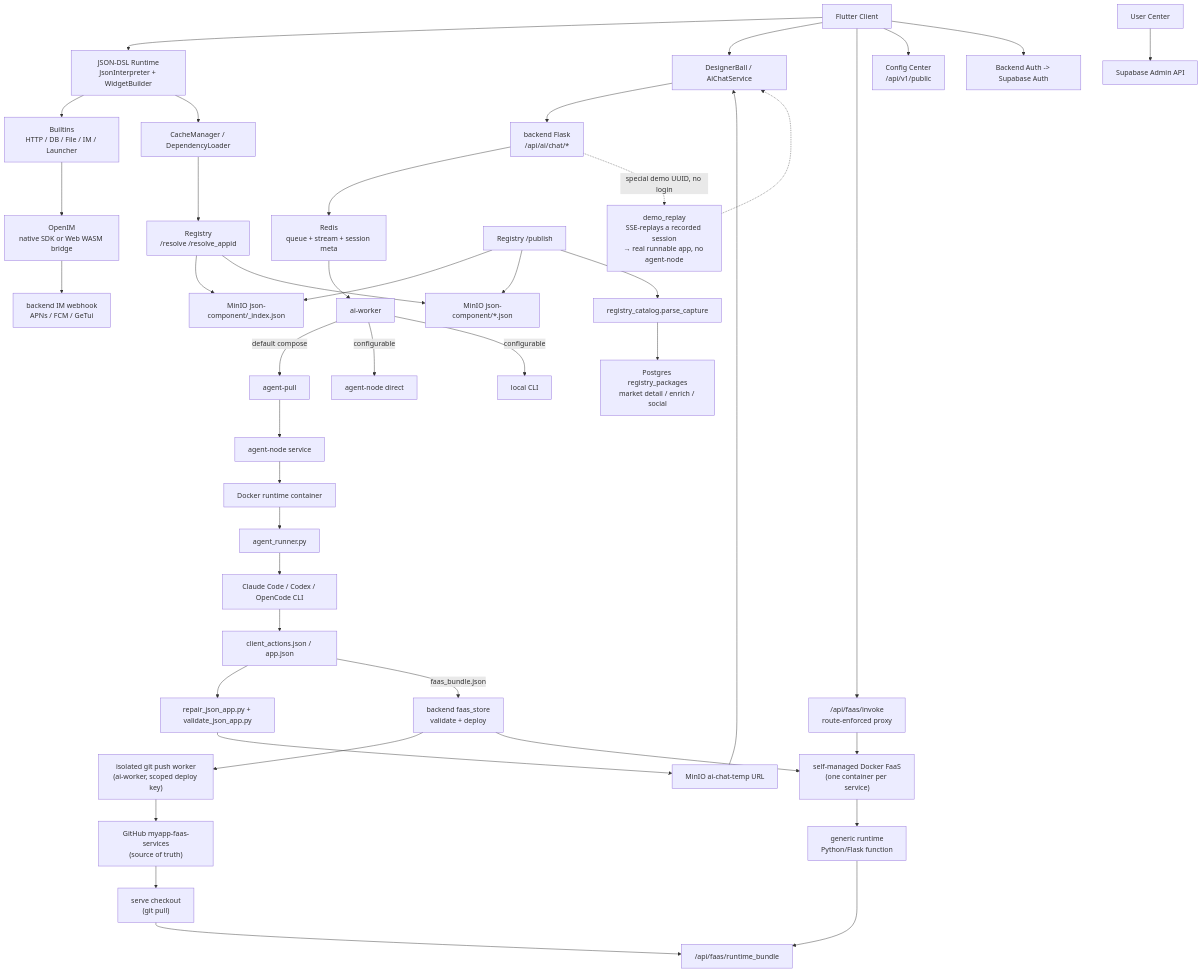
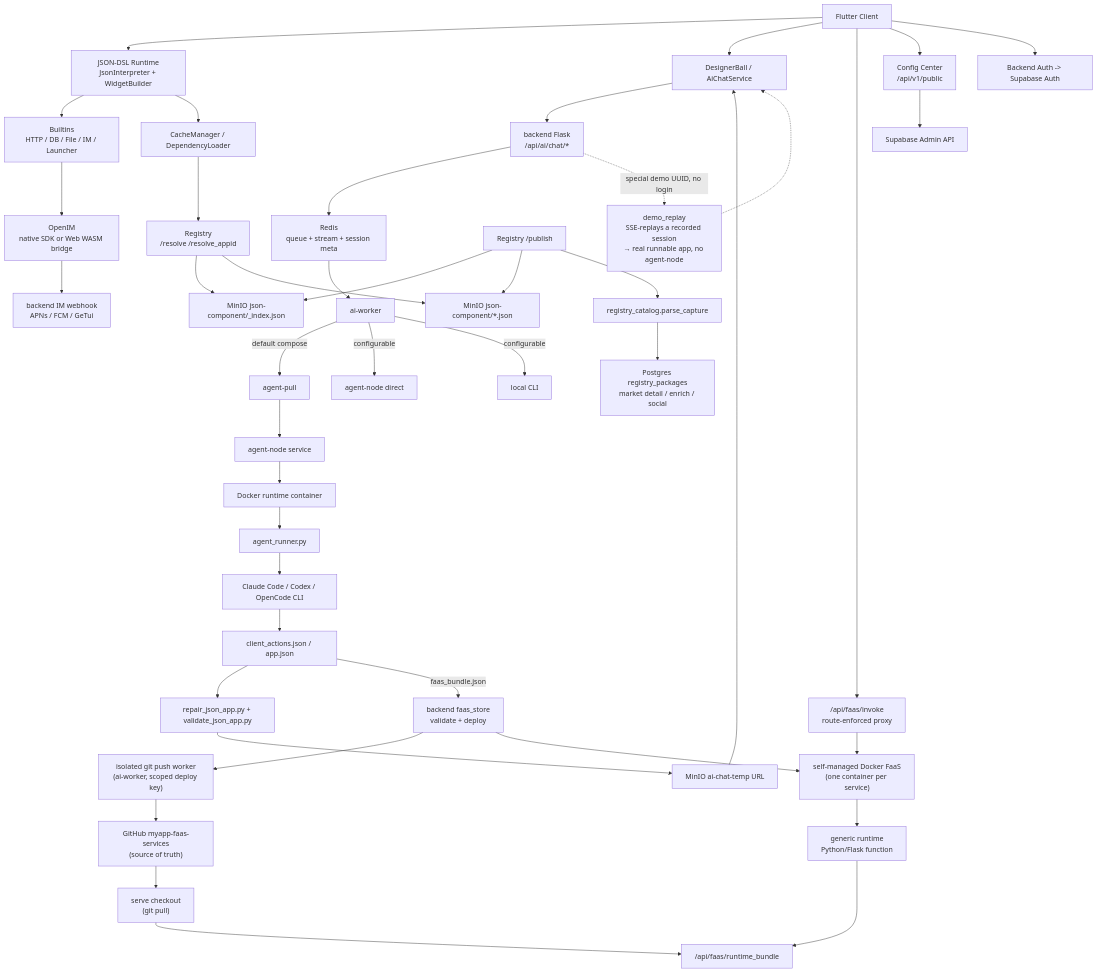
One commit to dapangyu-fish/ai-app changed the diagram in README.ca.md. Above: the diagram before and after it, drawn with Mermaid. The commit also changed other lines of this file and 12 other files, not shown here.

First line of the commit message:
docs(readme+website): 加「作者的话」小节；清掉 user-center 残留与过时竞品表述（×11 语）

````diff
--- a/README.ca.md
+++ b/README.ca.md
@@ -245,53 +255,53 @@
 ```mermaid
 flowchart TB
   Client["Flutter Client"] --> Runtime["JSON-DSL Runtime<br/>JsonInterpreter + WidgetBuilder"]
   Runtime --> Builtins["Builtins<br/>HTTP / DB / File / IM / Launcher"]
   Runtime --> Cache["CacheManager / DependencyLoader"]
   Cache --> RegistryResolve["Registry<br/>/resolve /resolve_appid"]
   RegistryResolve --> Index["MinIO json-component/_index.json"]
   RegistryResolve --> Objects["MinIO json-component/*.json"]
 
   Client --> AIChat["DesignerBall / AiChatService"]
   AIChat --> Backend["backend Flask<br/>/api/ai/chat/*"]
   Backend --> Redis["Redis<br/>queue + stream + session meta"]
   Redis --> Worker["ai-worker"]
 
   Backend -.->|special demo UUID, no login| DemoReplay["demo_replay<br/>SSE-replays a recorded session<br/>→ real runnable app, no agent-node"]
   DemoReplay -.-> AIChat
 
   Worker -->|default compose| AgentPull["agent-pull"]
   Worker -->|configurable| AgentNodeDirect["agent-node direct"]
   Worker -->|configurable| LocalCLI["local CLI"]
 
   AgentPull --> AgentNode["agent-node service"]
   AgentNode --> Docker["Docker runtime container"]
   Docker --> Runner["agent_runner.py"]
   Runner --> CLI["Claude Code / Codex / OpenCode CLI"]
   CLI --> Actions["client_actions.json / app.json"]
   Actions --> Validate["repair_json_app.py + validate_json_app.py"]
   Validate --> TempMinIO["MinIO ai-chat-temp URL"]
   TempMinIO --> AIChat
 
   RegistryPublish["Registry /publish"] --> Index
   RegistryPublish --> Objects
   RegistryPublish --> Catalog["registry_catalog.parse_capture"]
   Catalog --> PG["Postgres registry_packages<br/>market detail / enrich / social"]
 
   Builtins --> IM["OpenIM<br/>native SDK or Web WASM bridge"]
   IM --> Push["backend IM webhook<br/>APNs / FCM / GeTui"]
 
   Actions -->|faas_bundle.json| FaaSDeploy["backend faas_store<br/>validate + deploy"]
   FaaSDeploy --> PushWorker["isolated git push worker<br/>(ai-worker, scoped deploy key)"]
   PushWorker --> FaaSRepo["GitHub myapp-faas-services<br/>(source of truth)"]
   FaaSRepo --> ServeCheckout["serve checkout<br/>(git pull)"]
   FaaSDeploy --> DockerFaaS["self-managed Docker FaaS<br/>(one container per service)"]
   DockerFaaS --> FaaSFn["generic runtime<br/>Python/Flask function"]
   ServeCheckout --> FaaSBundle["/api/faas/runtime_bundle"]
   FaaSFn --> FaaSBundle
   Client --> FaaSInvoke["/api/faas/invoke<br/>route-enforced proxy"]
   FaaSInvoke --> DockerFaaS
 
   Client --> Config["Config Center<br/>/api/v1/public"]
   Client --> Auth["Backend Auth -> Supabase Auth"]
-  UserCenter["User Center"] --> Supabase["Supabase Admin API"]
+  Config --> Supabase["Supabase Admin API"]
 ```
````
